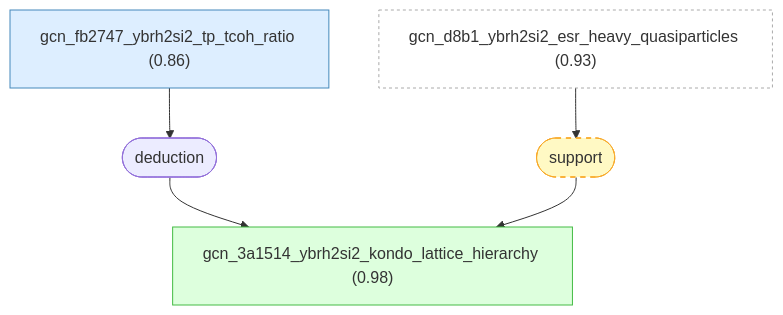
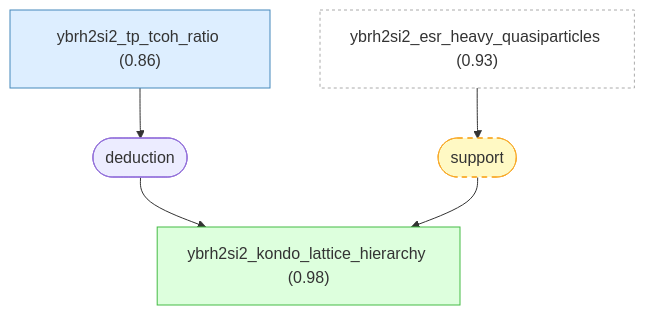
The seventh of 13 diagrams in docs/detailed-reasoning.md (Callo42/fermi-liquid-effective-mass-gaia), drawn with Mermaid before and after one commit. The commit also changed other lines of this file and 33 other files, not shown here.

````diff
--- a/docs/detailed-reasoning.md
+++ b/docs/detailed-reasoning.md
@@ -854,22 +854,22 @@
 ```mermaid
 graph TD
-    gcn_fb2747_ybrh2si2_tp_tcoh_ratio["gcn_fb2747_ybrh2si2_tp_tcoh_ratio (0.86)"]:::premise
-    gcn_3a1514_ybrh2si2_kondo_lattice_hierarchy["gcn_3a1514_ybrh2si2_kondo_lattice_hierarchy (0.98)"]:::derived
-    gcn_d8b1_ybrh2si2_esr_heavy_quasiparticles["gcn_d8b1_ybrh2si2_esr_heavy_quasiparticles (0.93)"]:::external
+    ybrh2si2_tp_tcoh_ratio["ybrh2si2_tp_tcoh_ratio (0.86)"]:::premise
+    ybrh2si2_kondo_lattice_hierarchy["ybrh2si2_kondo_lattice_hierarchy (0.98)"]:::derived
+    ybrh2si2_esr_heavy_quasiparticles["ybrh2si2_esr_heavy_quasiparticles (0.93)"]:::external
     strat_13(["deduction"])
-    gcn_fb2747_ybrh2si2_tp_tcoh_ratio --> strat_13
-    strat_13 --> gcn_3a1514_ybrh2si2_kondo_lattice_hierarchy
+    ybrh2si2_tp_tcoh_ratio --> strat_13
+    strat_13 --> ybrh2si2_kondo_lattice_hierarchy
     strat_26(["support"]):::weak
-    gcn_d8b1_ybrh2si2_esr_heavy_quasiparticles --> strat_26
-    strat_26 --> gcn_3a1514_ybrh2si2_kondo_lattice_hierarchy
+    ybrh2si2_esr_heavy_quasiparticles --> strat_26
+    strat_26 --> ybrh2si2_kondo_lattice_hierarchy
 
     classDef setting fill:#f0f0f0,stroke:#999,color:#333
     classDef premise fill:#ddeeff,stroke:#4488bb,color:#333
     classDef derived fill:#ddffdd,stroke:#44bb44,color:#333
     classDef question fill:#fff3dd,stroke:#cc9944,color:#333
     classDef background fill:#f5f5f5,stroke:#bbb,stroke-dasharray: 5 5,color:#333
     classDef orphan fill:#fff,stroke:#ccc,stroke-dasharray: 5 5,color:#333
     classDef external fill:#fff,stroke:#aaa,stroke-dasharray: 3 3,color:#333
     classDef weak fill:#fff9c4,stroke:#f9a825,stroke-dasharray: 5 5,color:#333
     classDef contra fill:#ffebee,stroke:#c62828,color:#333
 ```
````
